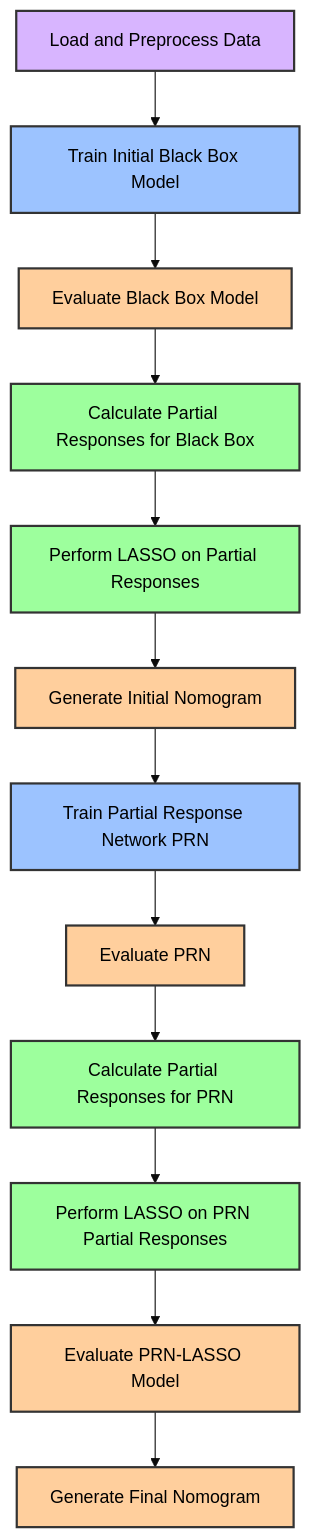
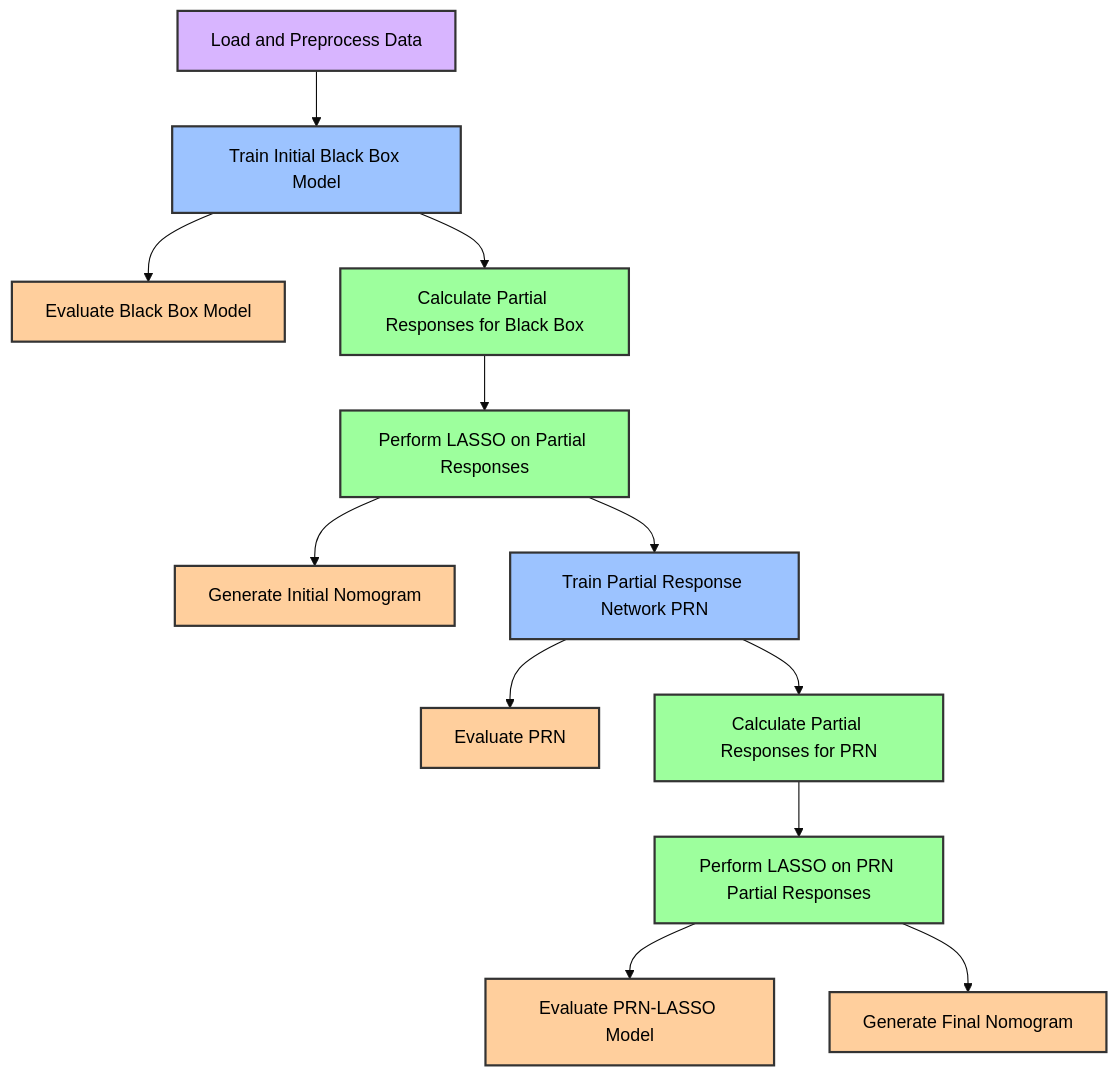
One commit to AIBCTS/PRiSM changed the diagram in README.md. Above: the diagram before and after it, drawn with Mermaid. The commit also changed 1 other file, not shown here.

Commit message:
clarify PRiSM flowchart

````diff
--- a/README.md
+++ b/README.md
@@ -76,27 +76,26 @@
 ```mermaid
-%% Set default styles
 %%{init: {'theme': 'base', 'themeVariables': { 'primaryTextColor': '#000000' }}}%%
 
 graph TD
     A[Load and Preprocess Data] --> B[Train Initial Black Box Model]
     B --> C[Evaluate Black Box Model]
-    C --> D[Calculate Partial Responses for Black Box]
+    B --> D[Calculate Partial Responses for Black Box]
     D --> E[Perform LASSO on Partial Responses]
     E --> F[Generate Initial Nomogram]
-    F --> G[Train Partial Response Network PRN]
+    E --> G[Train Partial Response Network PRN]
     G --> H[Evaluate PRN]
-    H --> I[Calculate Partial Responses for PRN]
+    G --> I[Calculate Partial Responses for PRN]
     I --> J[Perform LASSO on PRN Partial Responses]
     J --> K[Evaluate PRN-LASSO Model]
-    K --> L[Generate Final Nomogram]
+    J --> L[Generate Final Nomogram]
     
     classDef dataPrepClass fill:#d8b5ff,stroke:#333,stroke-width:2px
     classDef modelTrainClass fill:#9cc3ff,stroke:#333,stroke-width:2px
     classDef partialLassoClass fill:#9dff9d,stroke:#333,stroke-width:2px
     classDef evalVisuClass fill:#ffcf9d,stroke:#333,stroke-width:2px
     
     class A dataPrepClass
     class B,G modelTrainClass
     class D,E,I,J partialLassoClass
     class C,F,H,K,L evalVisuClass
 ```
````
